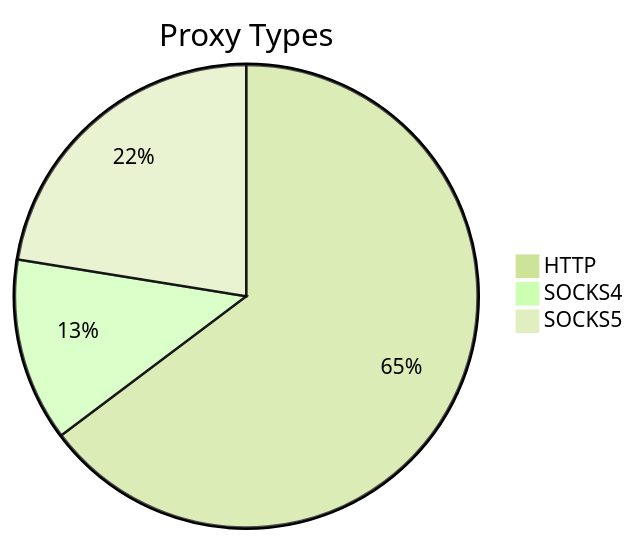
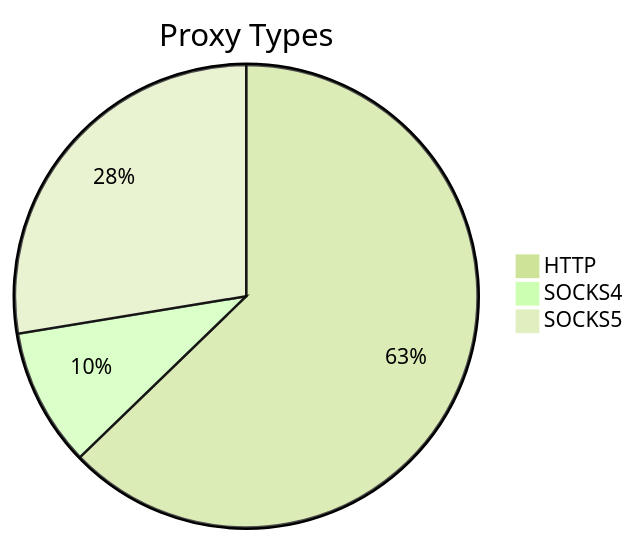
The first of 2 diagrams in README.md (stormsia/proxy-list), drawn with Mermaid (forest theme) before and after one commit. The commit also changed other lines of this file, not shown here.

````diff
--- a/README.md
+++ b/README.md
@@ -21,6 +21,6 @@
 ```mermaid
 pie title Proxy Types
-    "HTTP" : 268
-    "SOCKS4" : 53
-    "SOCKS5" : 93
+    "HTTP" : 182
+    "SOCKS4" : 28
+    "SOCKS5" : 80
 ```
````
